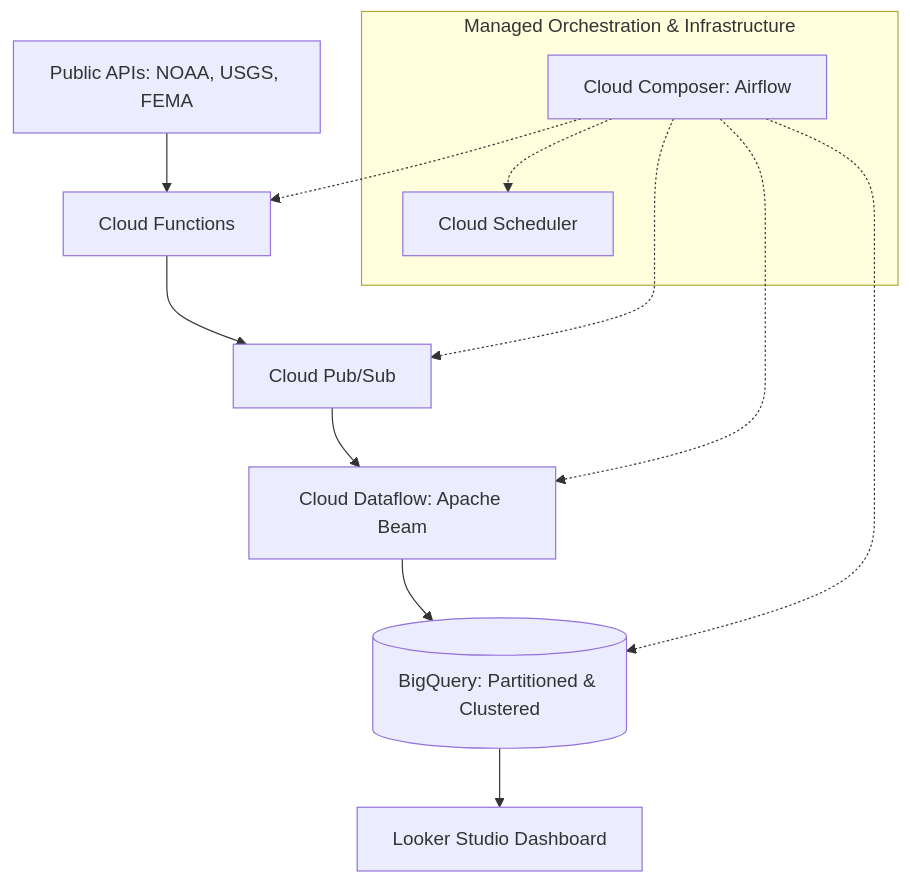
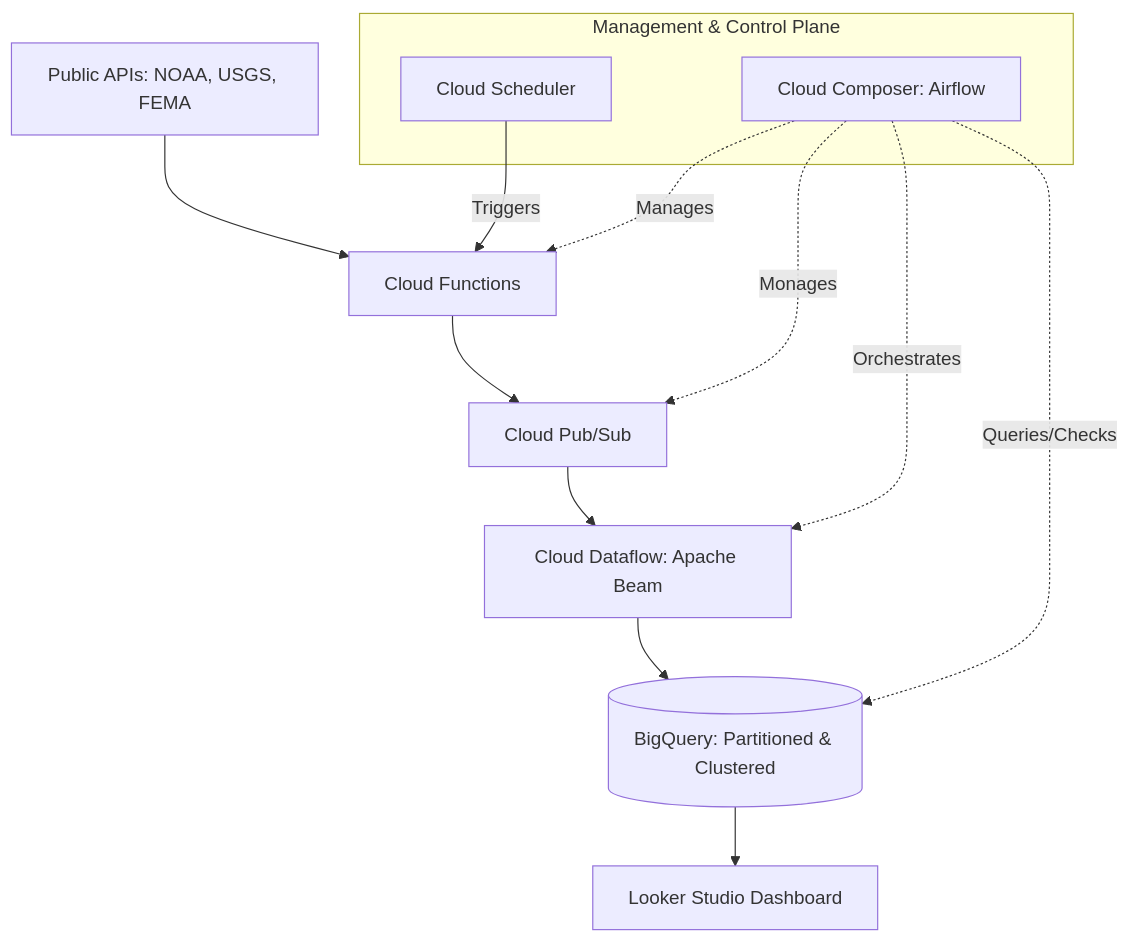
Before and after one commit to Raviteja-bh/gcp-hands-on-projects: the diagram in cat-risk-pipeline/README.md, drawn with Mermaid.

Commit message:
Update README with project details and features

````diff
--- a/cat-risk-pipeline/README.md
+++ b/cat-risk-pipeline/README.md
@@ -15,20 +15,20 @@
 ```mermaid
 graph TD
     A[Public APIs: NOAA, USGS, FEMA] --> B[Cloud Functions]
     B --> C[Cloud Pub/Sub]
     C --> D[Cloud Dataflow: Apache Beam]
     D --> E[(BigQuery: Partitioned & Clustered)]
     E --> F[Looker Studio Dashboard]
     
-    subgraph Orchestration [Managed Orchestration & Infrastructure]
+    subgraph Orchestration_Layer [Management & Control Plane]
     S[Cloud Scheduler]
     G[Cloud Composer: Airflow]
     end
 
-    %% Orchestration Connections
-    G -.-> S
-    G -.-> B
-    G -.-> C
-    G -.-> D
-    G -.-> E
+    %% Logic Flow
+    S -->|Triggers| B
+    G -.->|Manages| B
+    G -.->|Monages| C
+    G -.->|Orchestrates| D
+    G -.->|Queries/Checks| E
 ```
````
